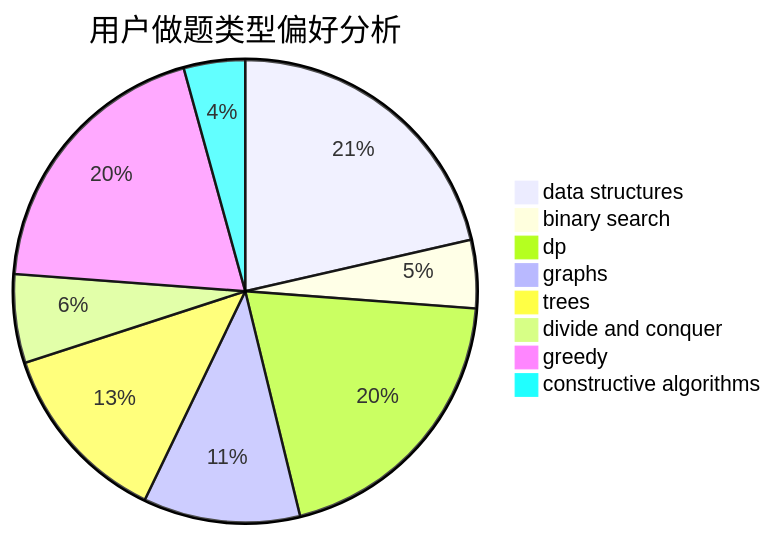
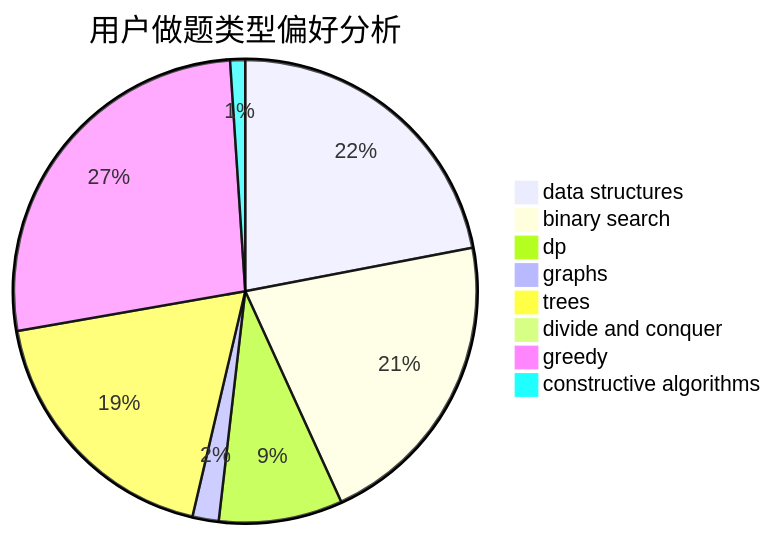
One commit to sherpahu/cfrs.github.io changed the second of 3 diagrams in docs/user/u899.md. Above: the diagram before and after it, drawn with Mermaid. The commit also changed other lines of this file and 2770 other files, not shown here.

````diff
--- a/docs/user/u899.md
+++ b/docs/user/u899.md
@@ -23,11 +23,11 @@
 ```mermaid
 pie title 用户做题类型偏好分析
-    "data structures" :  45
-    "binary search" :  10
-    "dp" :  42
-    "graphs" :  23
-    "trees" :  27
-    "divide and conquer" :  13
-    "greedy" :  41
-    "constructive algorithms" :  9
+    "data structures" :  84
+    "binary search" :  81
+    "dp" :  33
+    "graphs" :  7
+    "trees" :  71
+    "divide and conquer" :  0
+    "greedy" :  102
+    "constructive algorithms" :  4
 ```
````
